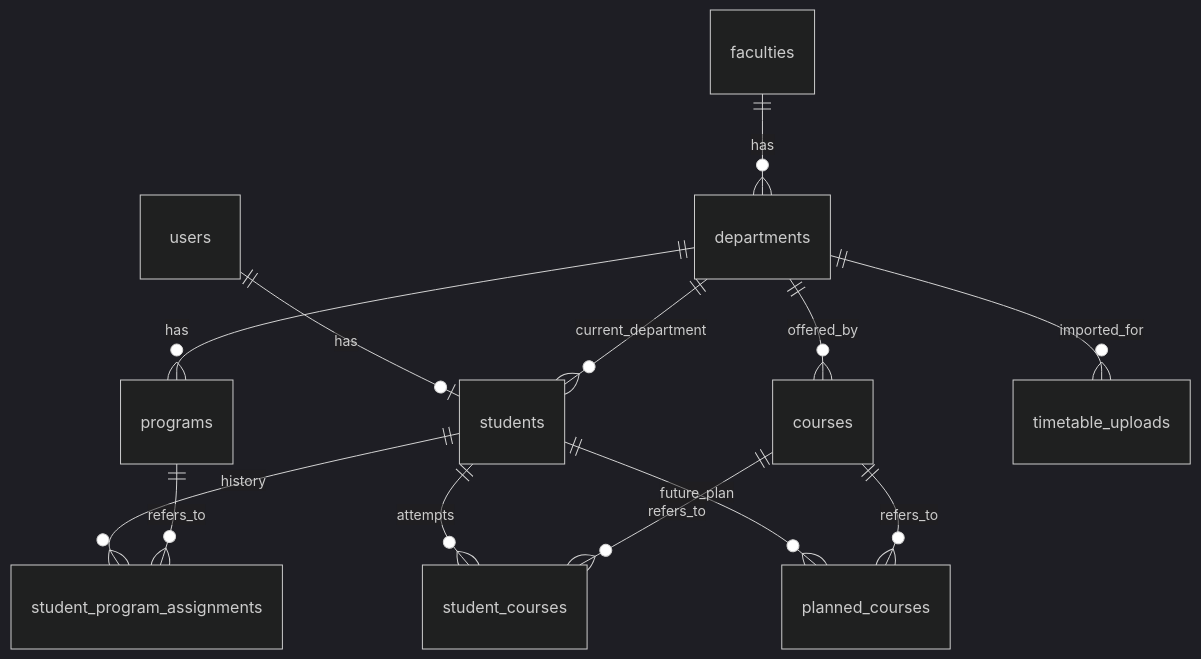
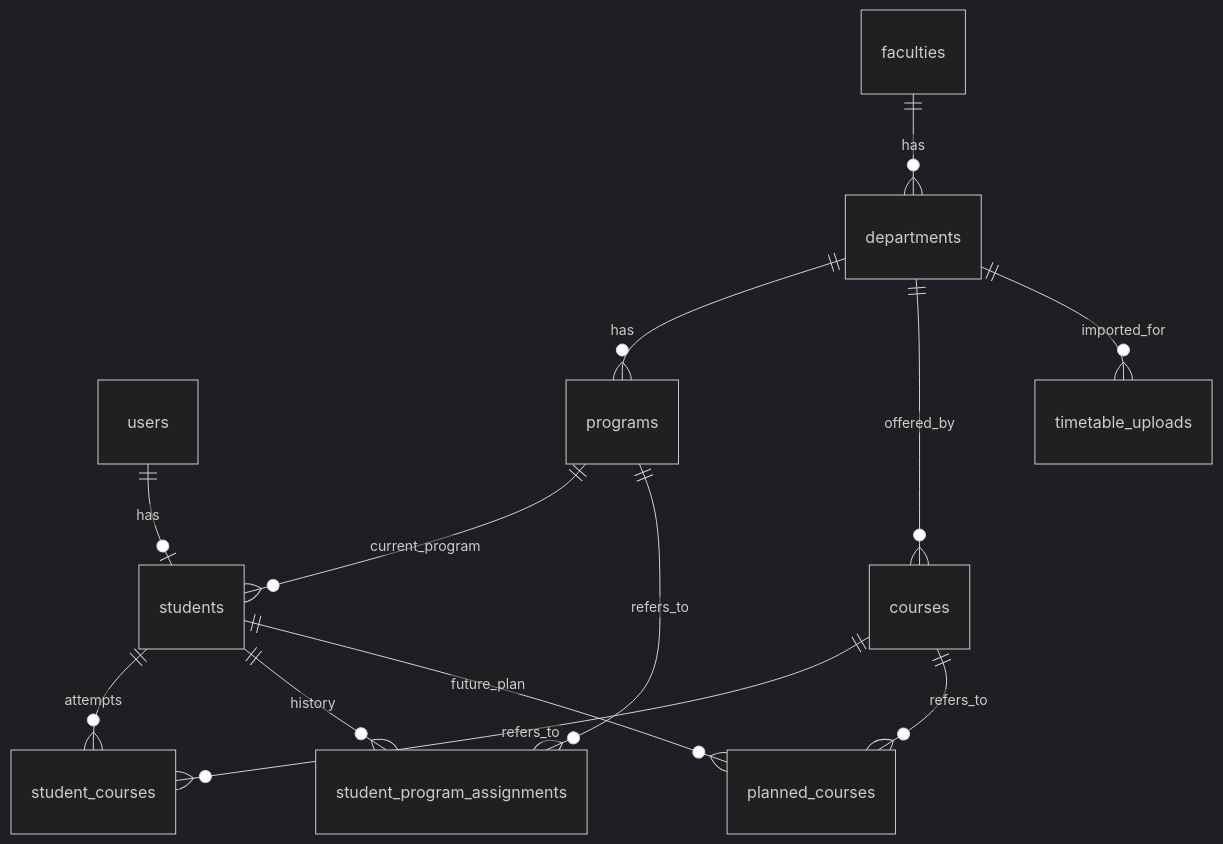
Before and after one commit to ore-orange/graduation-requirements-checker: the diagram in docs/database-design.md, drawn with Mermaid (dark theme). The commit also changed other lines of this file and 6 other files, not shown here.

````diff
--- a/docs/database-design.md
+++ b/docs/database-design.md
@@ -17,15 +17,15 @@
 ```mermaid
 erDiagram
   users ||--o| students : has
   faculties ||--o{ departments : has
   departments ||--o{ programs : has
-  departments ||--o{ students : current_department
+  programs ||--o{ students : current_program
   students ||--o{ student_courses : attempts
   courses ||--o{ student_courses : refers_to
   students ||--o{ student_program_assignments : history
   programs ||--o{ student_program_assignments : refers_to
   students ||--o{ planned_courses : future_plan
   courses ||--o{ planned_courses : refers_to
   departments ||--o{ courses : offered_by
   departments ||--o{ timetable_uploads : imported_for
 ```
````
